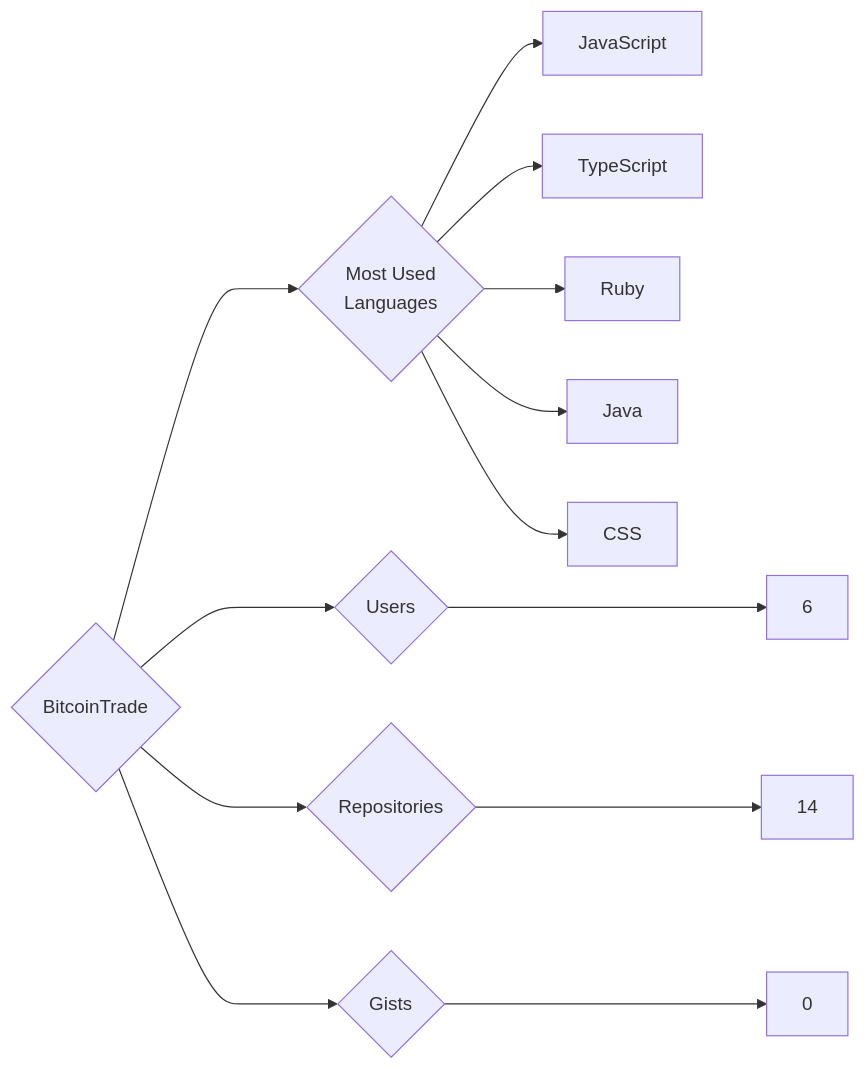
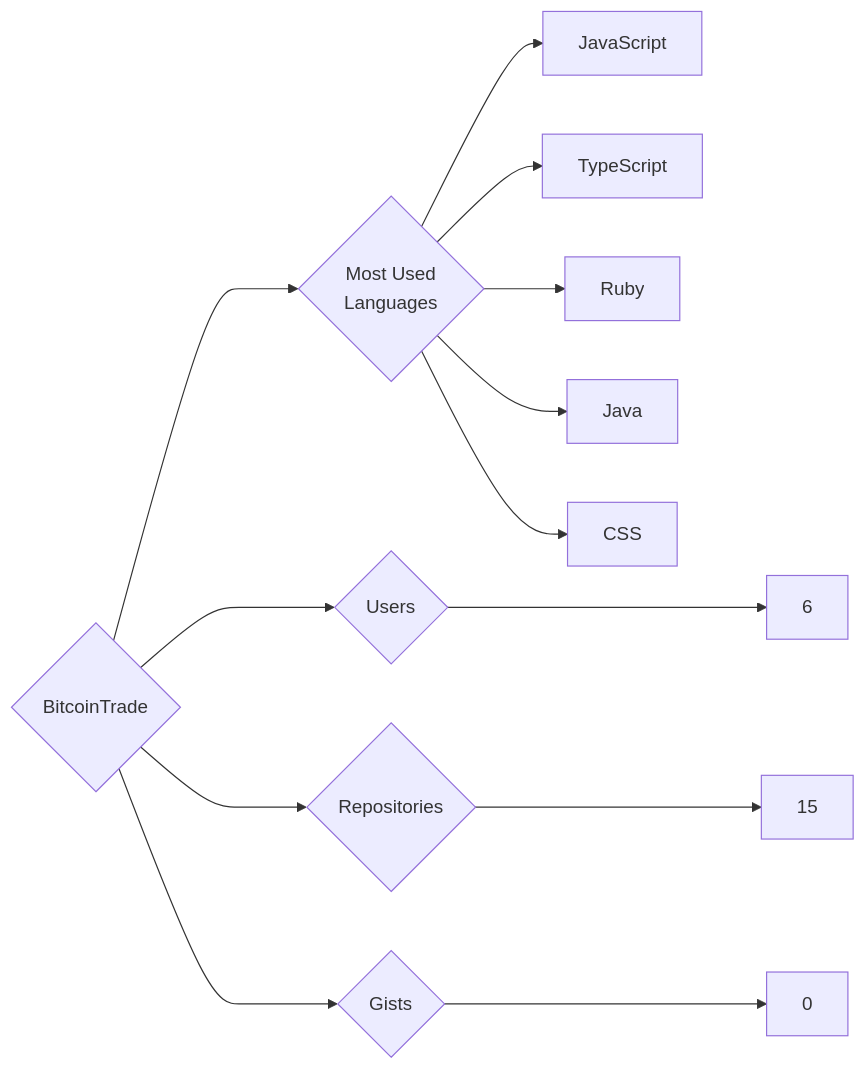
Before and after one commit to trickest/insiders: the diagram in targets/BitcoinTrade/README.md, drawn with Mermaid. The commit also changed 814 other files, not shown here.

````diff
--- a/targets/BitcoinTrade/README.md
+++ b/targets/BitcoinTrade/README.md
@@ -3,13 +3,13 @@
 ```mermaid
 graph LR
 COMPANY_NAME{BitcoinTrade}
 COMPANY_NAME ---> U{Users} ---> UN[6]
-COMPANY_NAME ---> R{Repositories} ---> RN[14]
+COMPANY_NAME ---> R{Repositories} ---> RN[15]
 COMPANY_NAME ---> G{Gists} ---> GN[0]
 COMPANY_NAME ---> ML{Most Used<br>Languages}
 ML --> JavaScript[JavaScript]
 ML --> TypeScript[TypeScript]
 ML --> Ruby[Ruby]
 ML --> Java[Java]
 ML --> CSS[CSS]
 ```
````
